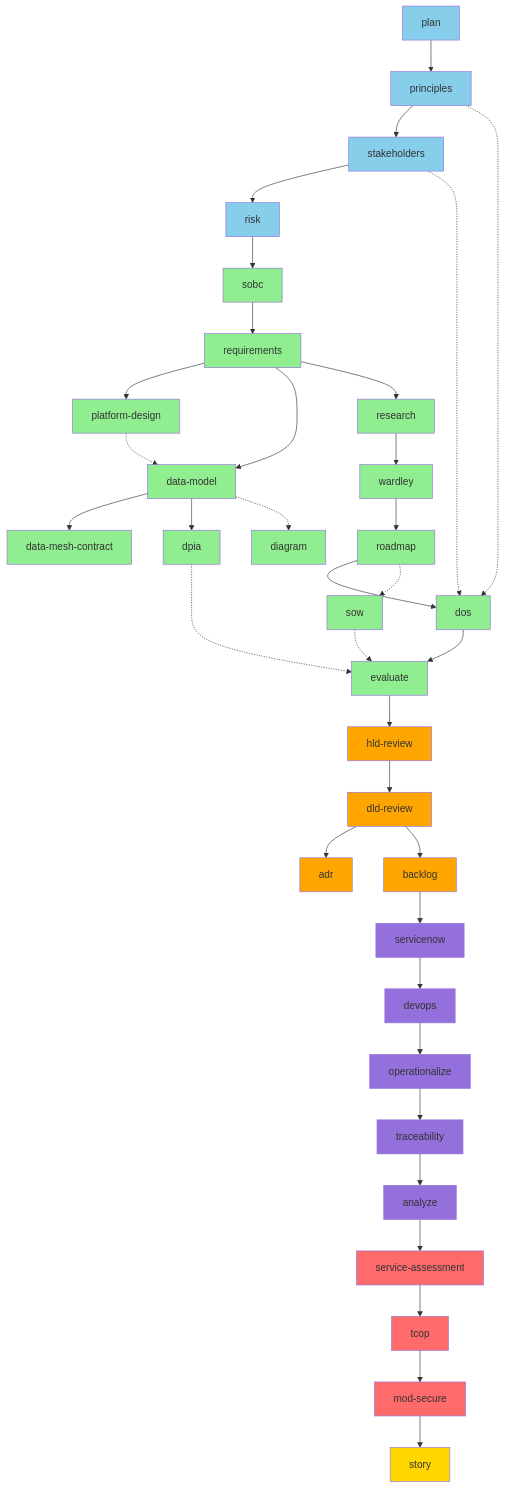
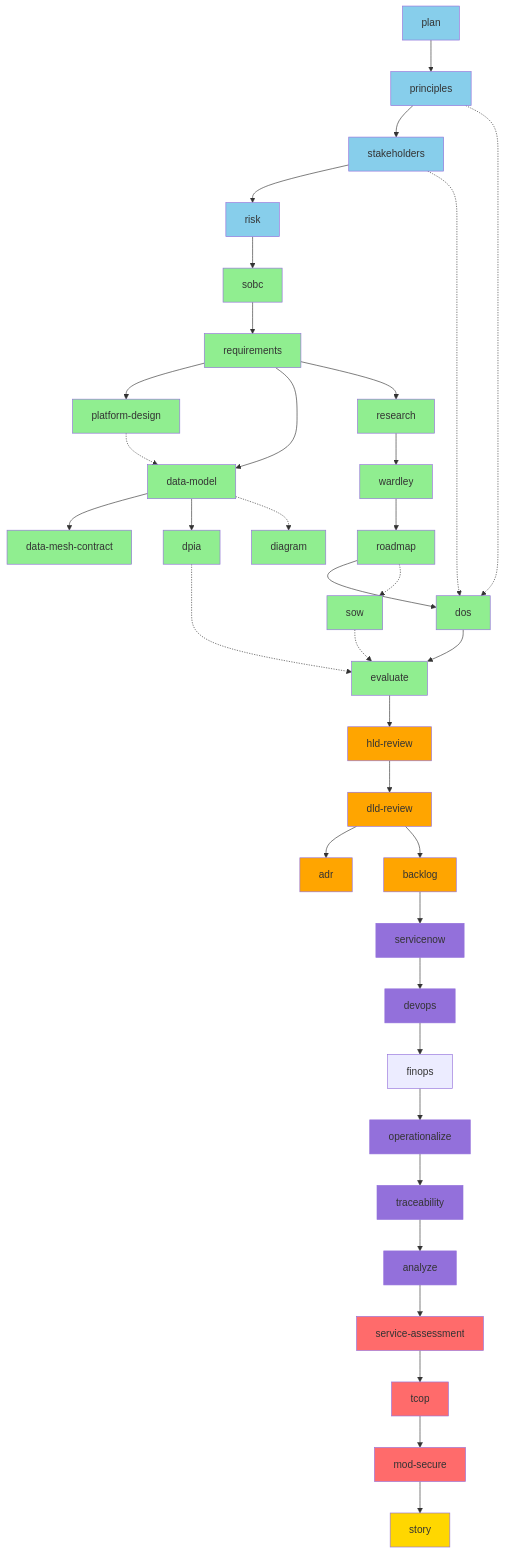
One commit to tractorjuice/arc-kit changed the fourth of 9 diagrams in WORKFLOW-DIAGRAMS.md. Above: the diagram before and after it, drawn with Mermaid. The commit also changed other lines of this file and 3 other files, not shown here.

```diff
--- a/WORKFLOW-DIAGRAMS.md
+++ b/WORKFLOW-DIAGRAMS.md
@@ -345,7 +348,8 @@
     %% Tier 8-9: Operations & Quality
     T --> V[servicenow]
     V --> V1[devops]
-    V1 --> V2[operationalize]
+    V1 --> V1a[finops]
+    V1a --> V2[operationalize]
     V2 --> W[traceability]
     W --> X[analyze]
 
```
